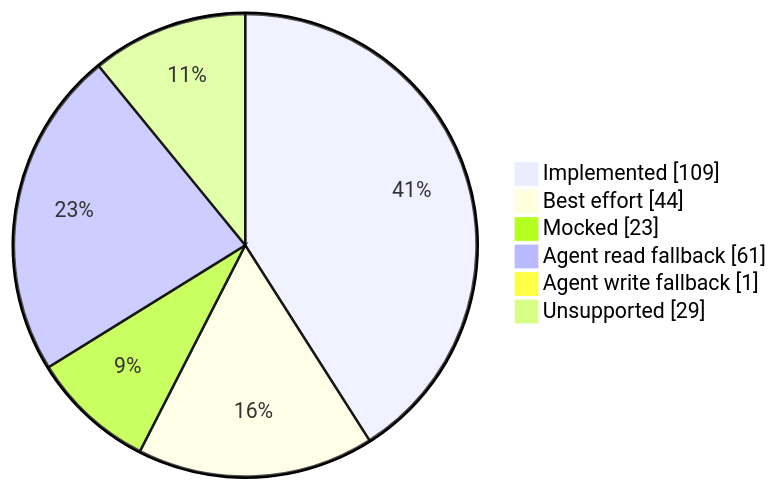
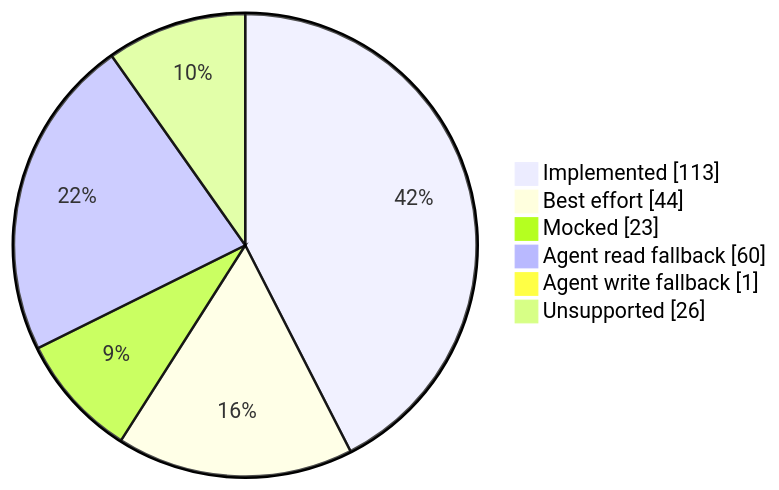
One commit to qzg/opensearch-lite changed the second of 4 diagrams in docs/api-coverage.md. Above: the diagram before and after it, drawn with Mermaid. The commit also changed other lines of this file and 9 other files, not shown here.

````diff
--- a/docs/api-coverage.md
+++ b/docs/api-coverage.md
@@ -32,9 +32,9 @@
 ```mermaid
 pie showData
-  "Implemented" : 109
+  "Implemented" : 113
   "Best effort" : 44
   "Mocked" : 23
-  "Agent read fallback" : 61
+  "Agent read fallback" : 60
   "Agent write fallback" : 1
-  "Unsupported" : 29
+  "Unsupported" : 26
 ```
````
